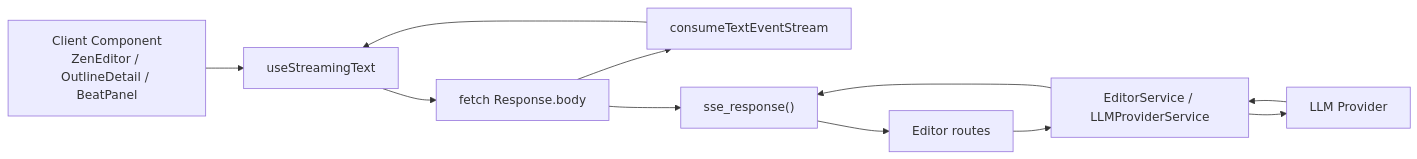
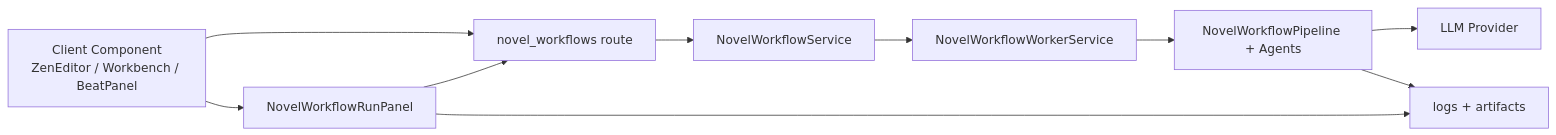
Before and after one commit to nsxzhou/Persona: the diagram in wiki/10-architecture/16-sse-and-streaming.md, drawn with Mermaid. The commit also changed other lines of this file and 113 other files, not shown here.

Commit message:
feat: migrate editor flows to novel workflows

````diff
--- a/wiki/10-architecture/16-sse-and-streaming.md
+++ b/wiki/10-architecture/16-sse-and-streaming.md
@@ -14,22 +13,21 @@
 ```mermaid
 flowchart LR
-    UI[Client Component<br/>ZenEditor / OutlineDetail / BeatPanel]
-    Hook[useStreamingText]
-    Parser[consumeTextEventStream]
-    Fetch[fetch Response.body]
-    SSE["sse_response()"]
-    Editor[Editor routes]
-    Service[EditorService / LLMProviderService]
+    UI[Client Component<br/>ZenEditor / Workbench / BeatPanel]
+    Panel[NovelWorkflowRunPanel]
+    API[novel_workflows route]
+    Service[NovelWorkflowService]
+    Worker[NovelWorkflowWorkerService]
+    Pipeline[NovelWorkflowPipeline + Agents]
+    Storage[logs + artifacts]
     LLM[LLM Provider]
 
-    UI --> Hook
-    Hook --> Fetch
-    Fetch --> Parser
-    Parser --> Hook
-    Fetch --> SSE
-    SSE --> Editor
-    Editor --> Service
-    Service --> LLM
-    LLM --> Service
-    Service --> SSE
+    UI --> API
+    UI --> Panel
+    Panel --> API
+    API --> Service
+    Service --> Worker
+    Worker --> Pipeline
+    Pipeline --> LLM
+    Pipeline --> Storage
+    Panel --> Storage
 ```
````
